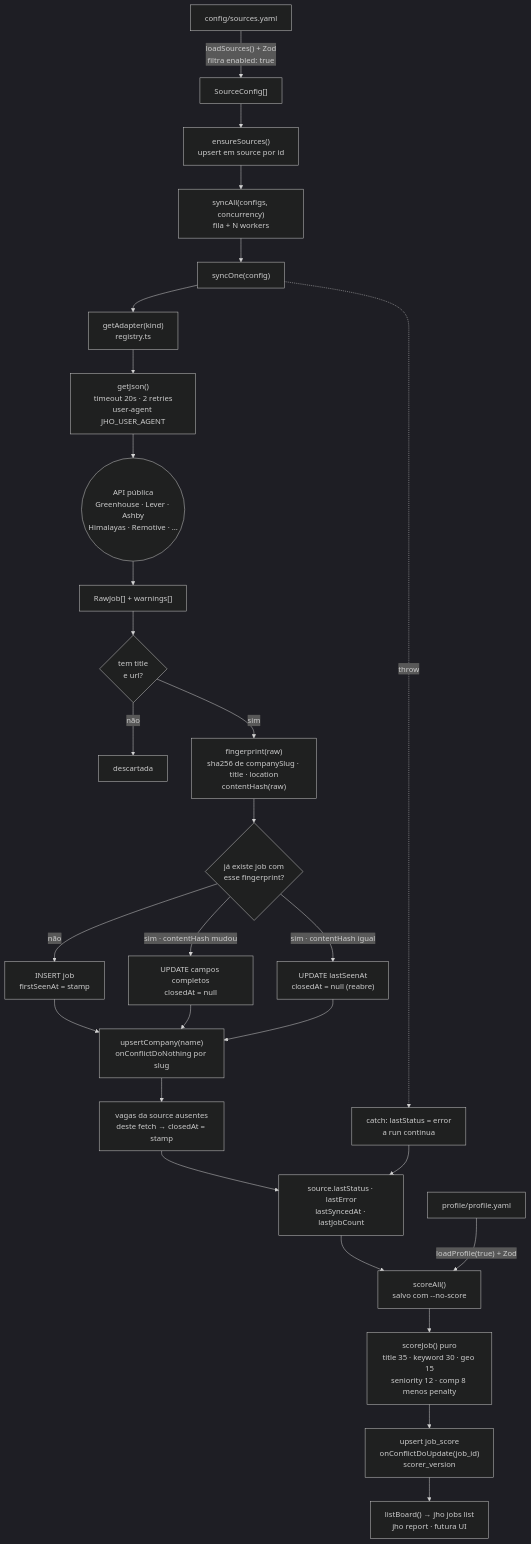
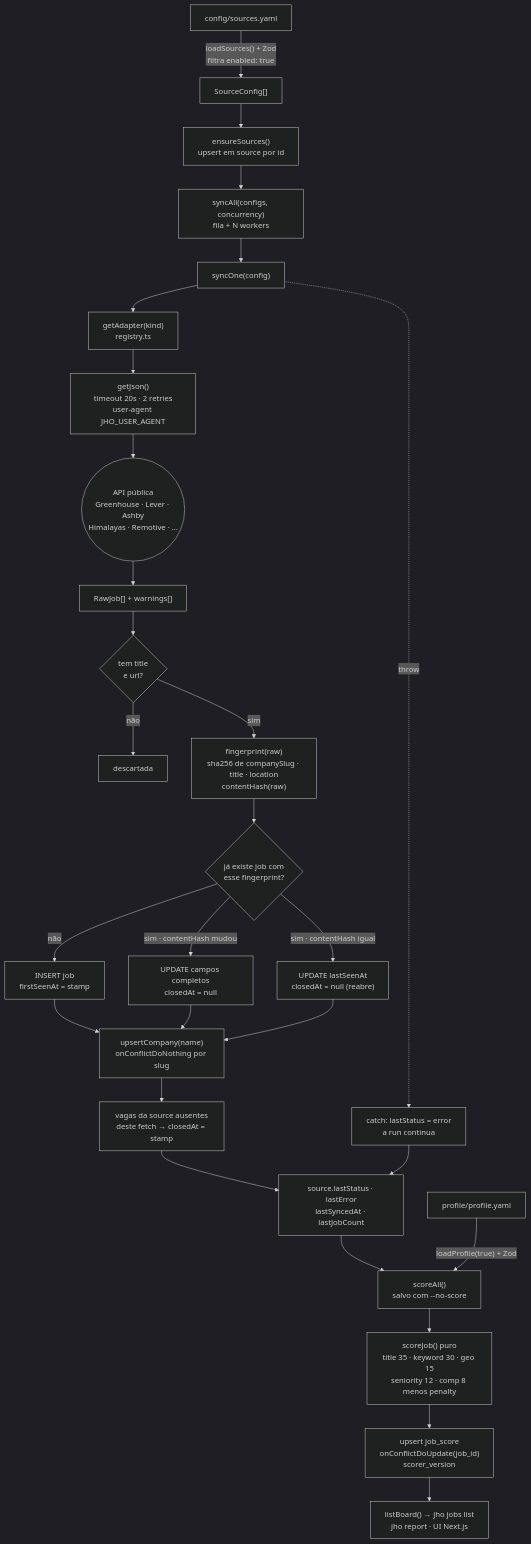
One commit to andreustimm/master-jobs changed the diagram in docs/architecture.md. Above: the diagram before and after it, drawn with Mermaid (dark theme). The commit also changed other lines of this file and 174 other files, not shown here.

````diff
--- a/docs/architecture.md
+++ b/docs/architecture.md
@@ -88,37 +91,37 @@
 ```mermaid
 flowchart TD
     Y["config/sources.yaml"] -->|"loadSources() + Zod<br/>filtra enabled: true"| CFG["SourceConfig[]"]
     CFG --> ES["ensureSources()<br/>upsert em source por id"]
     ES --> SA["syncAll(configs, concurrency)<br/>fila + N workers"]
 
     SA --> SO["syncOne(config)"]
     SO --> AD["getAdapter(kind)<br/>registry.ts"]
     AD --> HTTP["getJson()<br/>timeout 20s · 2 retries<br/>user-agent JHO_USER_AGENT"]
     HTTP --> API(("API pública<br/>Greenhouse · Lever · Ashby<br/>Himalayas · Remotive · …"))
     API --> RAW["RawJob[] + warnings[]"]
 
     RAW --> SKIP{"tem title<br/>e url?"}
     SKIP -->|"não"| DROP["descartada"]
     SKIP -->|"sim"| FP["fingerprint(raw)<br/>sha256 de companySlug · title · location<br/>contentHash(raw)"]
 
     FP --> LOOK{"já existe job com<br/>esse fingerprint?"}
     LOOK -->|"não"| INS["INSERT job<br/>firstSeenAt = stamp"]
     LOOK -->|"sim · contentHash igual"| TOUCH["UPDATE lastSeenAt<br/>closedAt = null (reabre)"]
     LOOK -->|"sim · contentHash mudou"| UPD["UPDATE campos completos<br/>closedAt = null"]
 
     INS --> CO["upsertCompany(name)<br/>onConflictDoNothing por slug"]
     UPD --> CO
     TOUCH --> CO
 
     CO --> CLOSE["vagas da source ausentes<br/>deste fetch → closedAt = stamp"]
     CLOSE --> HEALTH["source.lastStatus · lastError<br/>lastSyncedAt · lastJobCount"]
 
     SO -.->|"throw"| CATCH["catch: lastStatus = error<br/>a run continua"]
     CATCH --> HEALTH
 
     HEALTH --> SC["scoreAll()<br/>salvo com --no-score"]
     PROF["profile/profile.yaml"] -->|"loadProfile(true) + Zod"| SC
     SC --> SJ["scoreJob() puro<br/>title 35 · keyword 30 · geo 15<br/>seniority 12 · comp 8 menos penalty"]
     SJ --> JS["upsert job_score<br/>onConflictDoUpdate(job_id)<br/>scorer_version"]
-    JS --> BOARD["listBoard() → jho jobs list<br/>jho report · futura UI"]
+    JS --> BOARD["listBoard() → jho jobs list<br/>jho report · UI Next.js"]
 ```
````
